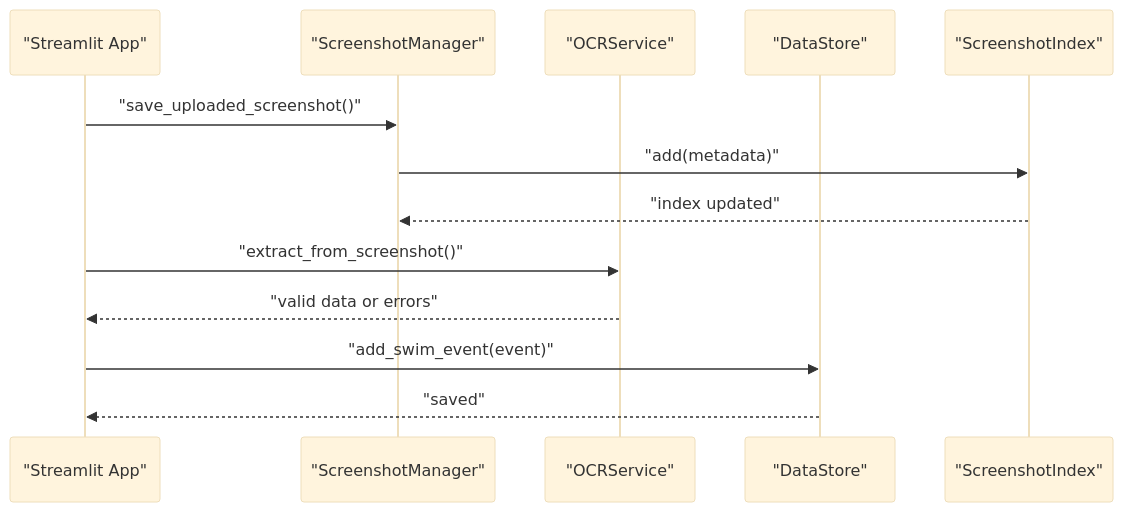
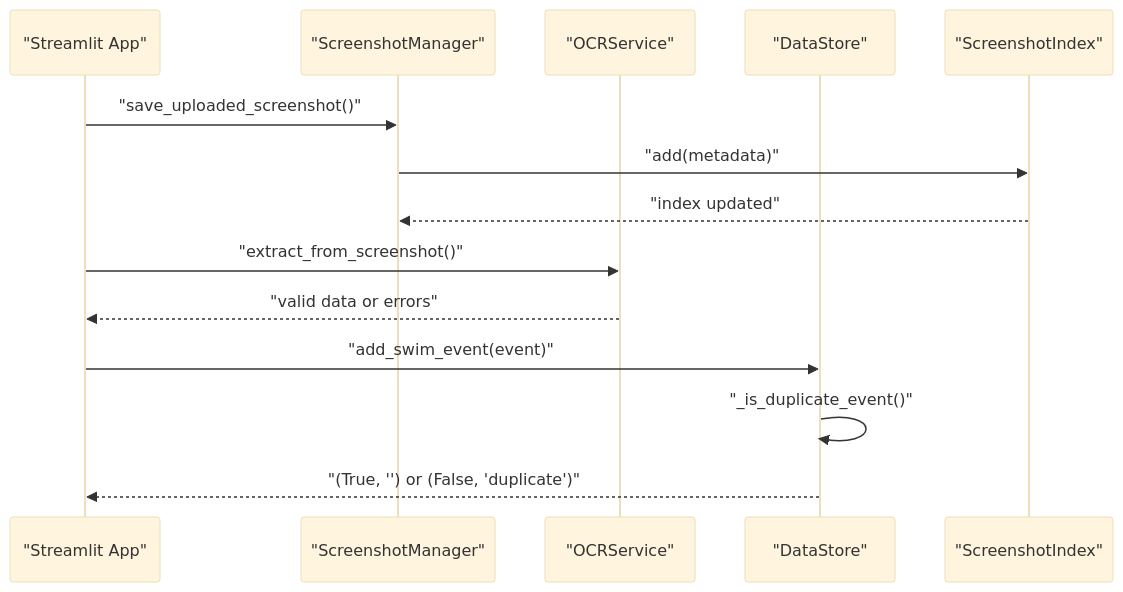
The second of 7 diagrams in .qoder/repowiki/en/content/Core Components/Data Persistence Layer.md (Johnny22056/SwimingStatus), drawn with Mermaid (base theme) before and after one commit. The commit also changed other lines of this file and 4 other files, not shown here.

First line of the commit message:
feat: UI modernization - dark theme, KPI cards, chart subtitles, table & button styling

````diff
--- a/.qoder/repowiki/en/content/Core Components/Data Persistence Layer.md
+++ b/.qoder/repowiki/en/content/Core Components/Data Persistence Layer.md
@@ -103,15 +116,16 @@
 ```mermaid
 sequenceDiagram
 participant UI as "Streamlit App"
 participant SM as "ScreenshotManager"
 participant OCR as "OCRService"
 participant DS as "DataStore"
 participant SI as "ScreenshotIndex"
 UI->>SM : "save_uploaded_screenshot()"
 SM->>SI : "add(metadata)"
 SI-->>SM : "index updated"
 UI->>OCR : "extract_from_screenshot()"
 OCR-->>UI : "valid data or errors"
 UI->>DS : "add_swim_event(event)"
-DS-->>UI : "saved"
+DS->>DS : "_is_duplicate_event()"
+DS-->>UI : "(True, '') or (False, 'duplicate')"
 ```
````
